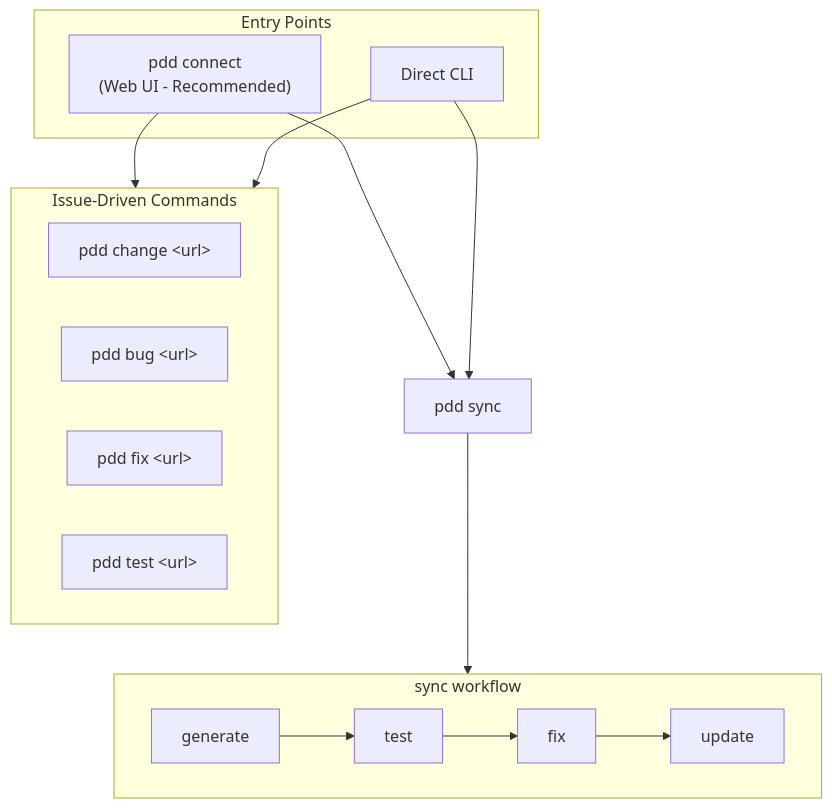
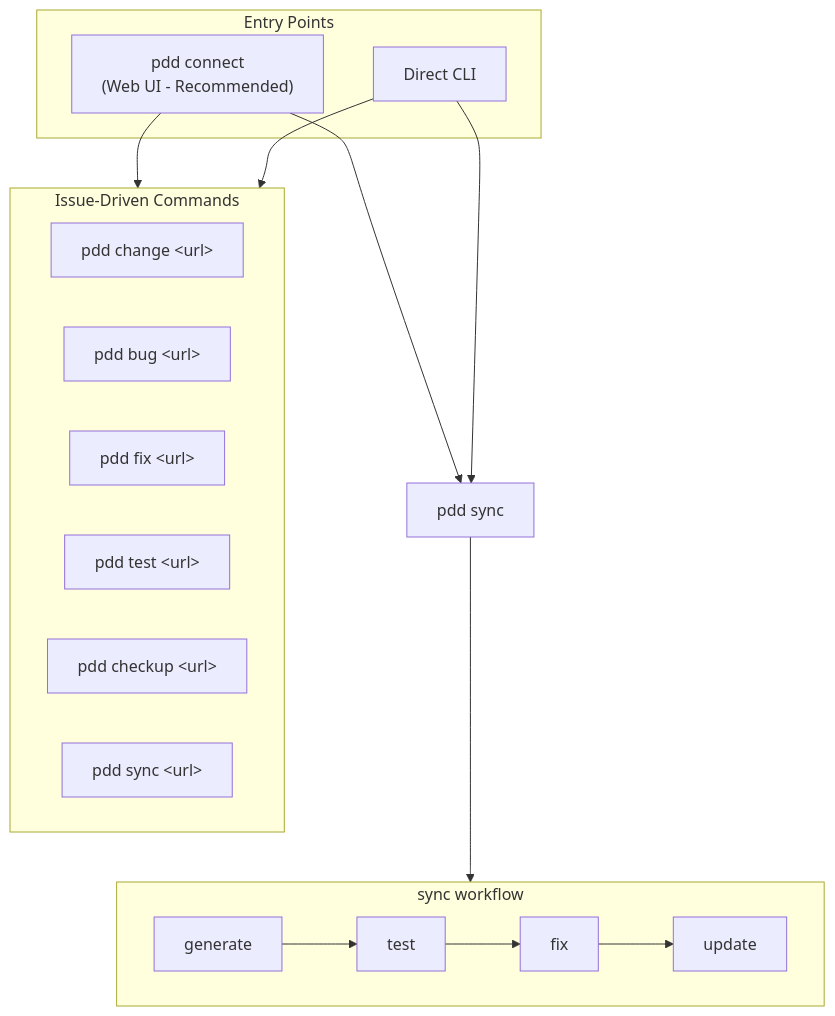
One commit to promptdriven/pdd changed the diagram in README.md. Above: the diagram before and after it, drawn with Mermaid. The commit also changed other lines of this file and 27 other files, not shown here.

````diff
--- a/README.md
+++ b/README.md
@@ -534,28 +534,30 @@
 ```mermaid
 flowchart TB
     subgraph entry["Entry Points"]
         connect["pdd connect<br/>(Web UI - Recommended)"]
         cli["Direct CLI"]
     end
 
     subgraph issue["Issue-Driven Commands"]
         change["pdd change &lt;url&gt;"]
         bug["pdd bug &lt;url&gt;"]
         fix_url["pdd fix &lt;url&gt;"]
         test_url["pdd test &lt;url&gt;"]
+        checkup["pdd checkup &lt;url&gt;"]
+        sync_url["pdd sync &lt;url&gt;"]
     end
 
     sync["pdd sync"]
 
     subgraph sync_flow["sync workflow"]
         direction LR
         generate["generate"] --> test["test"] --> fix["fix"] --> update["update"]
     end
 
     connect --> issue
     connect --> sync
     cli --> issue
     cli --> sync
 
     sync --> sync_flow
 ```
````
